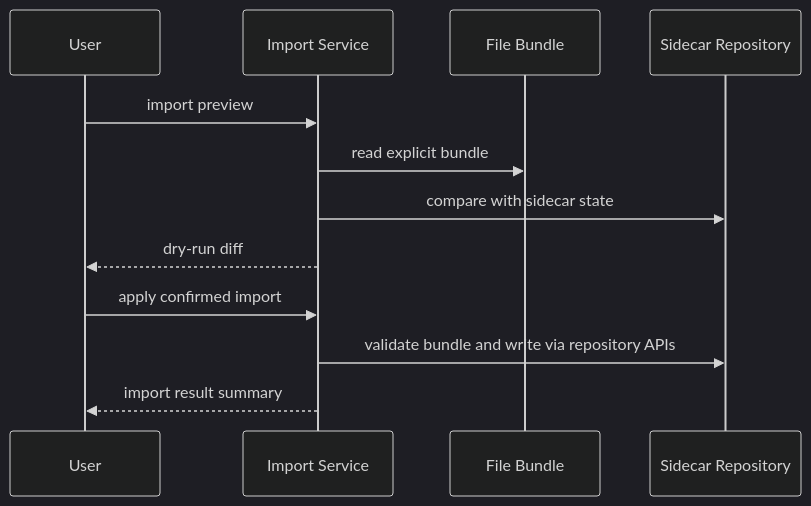
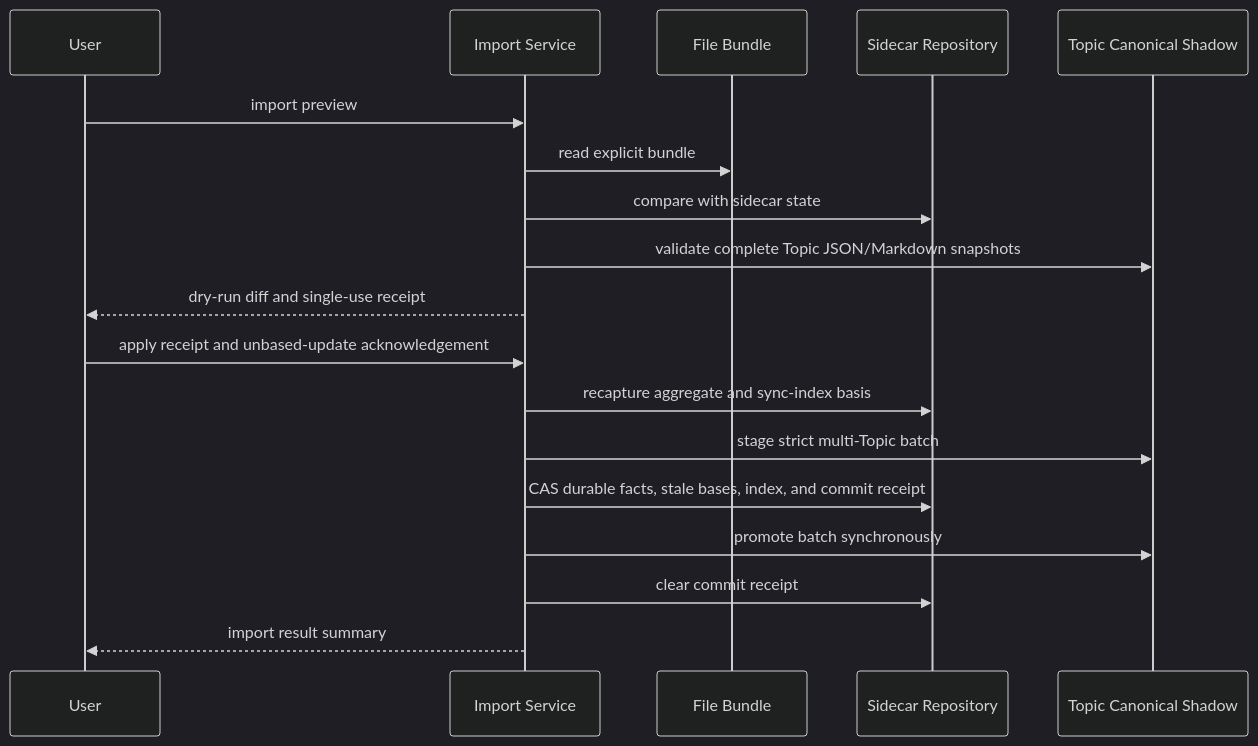
One commit to leike0813/zotero-agents changed diagram 11 of 11 in doc/synthesis-layer/sequences.md. Above: the diagram before and after it, drawn with Mermaid (dark theme). The commit also changed other lines of this file and 31 other files, not shown here.

````diff
--- a/doc/synthesis-layer/sequences.md
+++ b/doc/synthesis-layer/sequences.md
@@ -332,15 +334,21 @@
 ```mermaid
 sequenceDiagram
   participant U as User
   participant I as Import Service
   participant B as File Bundle
   participant S as Sidecar Repository
+  participant C as Topic Canonical Shadow
 
   U->>I: import preview
   I->>B: read explicit bundle
   I->>S: compare with sidecar state
-  I-->>U: dry-run diff
-  U->>I: apply confirmed import
-  I->>S: validate bundle and write via repository APIs
+  I->>C: validate complete Topic JSON/Markdown snapshots
+  I-->>U: dry-run diff and single-use receipt
+  U->>I: apply receipt and unbased-update acknowledgement
+  I->>S: recapture aggregate and sync-index basis
+  I->>C: stage strict multi-Topic batch
+  I->>S: CAS durable facts, stale bases, index, and commit receipt
+  I->>C: promote batch synchronously
+  I->>S: clear commit receipt
   I-->>U: import result summary
 ```
````
